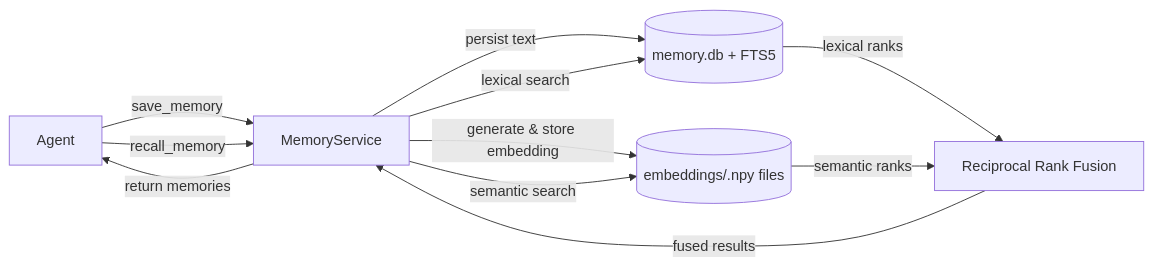
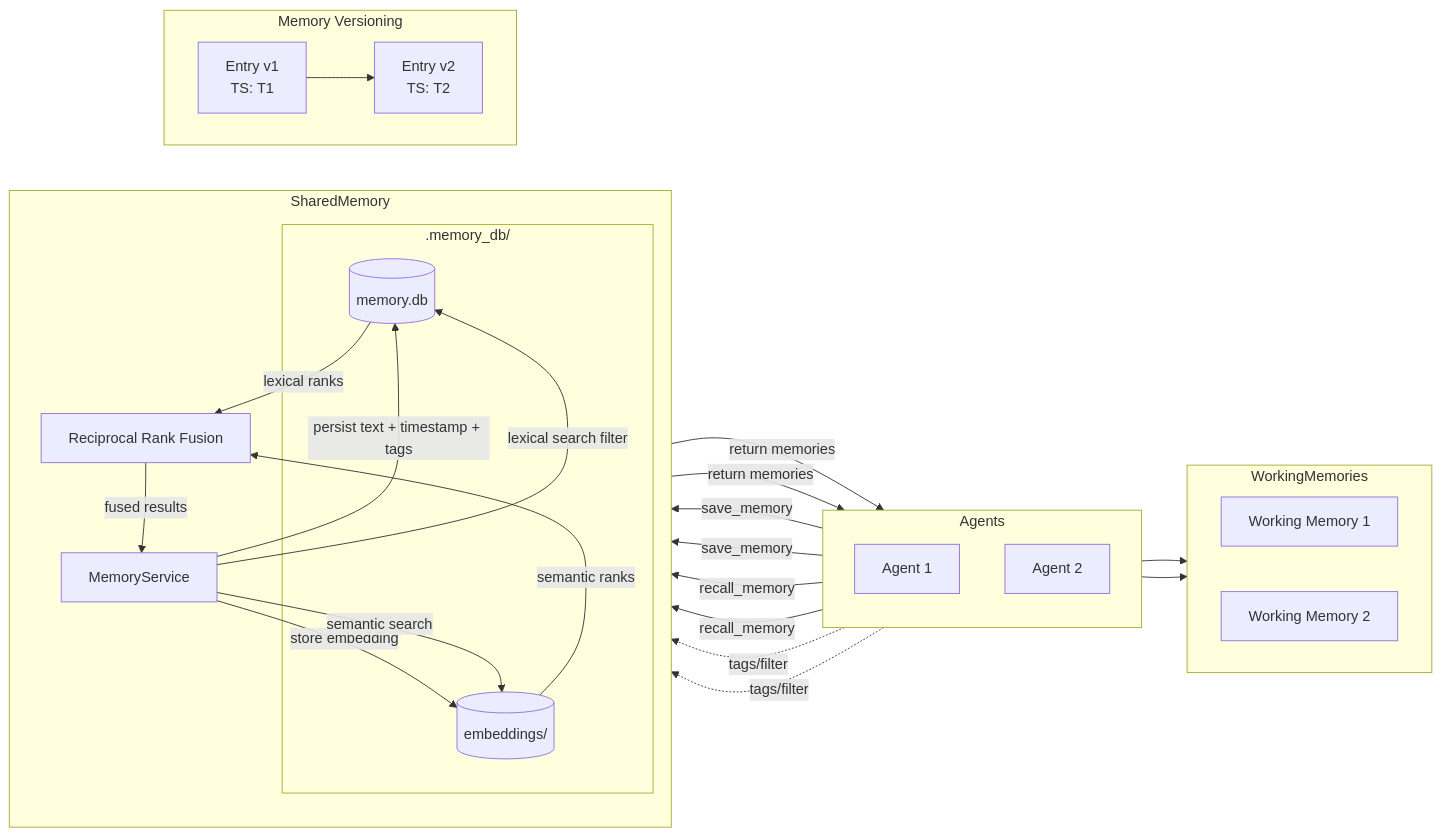
One commit to voxmenthe/coding-agent changed the diagram in PLANS/memory_graph.md. Above: the diagram before and after it, drawn with Mermaid.

Commit message:
improved graph

````diff
--- a/PLANS/memory_graph.md
+++ b/PLANS/memory_graph.md
@@ -3,13 +3,43 @@
 ```mermaid
 flowchart LR
-  Agent[Agent] -->|save_memory| MemoryService[MemoryService]
-  MemoryService -->|persist text| SQLite[(memory.db + FTS5)]
-  MemoryService -->|generate & store embedding| Embeddings[(embeddings/.npy files)]
-  Agent -->|recall_memory| MemoryService
-  MemoryService -->|lexical search| SQLite
-  MemoryService -->|semantic search| Embeddings
-  SQLite -->|lexical ranks| RRF[Reciprocal Rank Fusion]
-  Embeddings -->|semantic ranks| RRF
+  subgraph Agents
+    direction TB
+    Agent1[Agent 1]
+    Agent2[Agent 2]
+  end
+  subgraph WorkingMemories
+    direction LR
+    Agent1 --> WorkingMemory1[Working Memory 1]
+    Agent2 --> WorkingMemory2[Working Memory 2]
+  end
+  %% Metadata Flow for tags/filtering
+  Agent1 -->|save_memory| MemoryService
+  Agent2 -->|save_memory| MemoryService
+  Agent1 -->|recall_memory| MemoryService
+  Agent2 -->|recall_memory| MemoryService
+  Agent1 -. tags/filter .-> MemoryService
+  Agent2 -. tags/filter .-> MemoryService
+  subgraph SharedMemory
+    direction TB
+    MemoryService[MemoryService]
+    subgraph FileSystem[".memory_db/"]
+      memoryDB[(memory.db)]
+      embeddingsDir[(embeddings/)]
+    end
+    RRF[Reciprocal Rank Fusion]
+  end
+  MemoryService -->|persist text + timestamp + tags| memoryDB
+  MemoryService -->|store embedding| embeddingsDir
+  MemoryService -->|lexical search filter| memoryDB
+  MemoryService -->|semantic search| embeddingsDir
+  memoryDB -->|lexical ranks| RRF
+  embeddingsDir -->|semantic ranks| RRF
   RRF -->|fused results| MemoryService
-  MemoryService -->|return memories| Agent
+  MemoryService -->|return memories| Agent1
+  MemoryService -->|return memories| Agent2
+  %% Versioning timeline for memory entries
+  subgraph Evolution["Memory Versioning"]
+    direction LR
+    oldMem["Entry v1\nTS: T1"] --> newMem["Entry v2\nTS: T2"]
+  end
 ```
````
